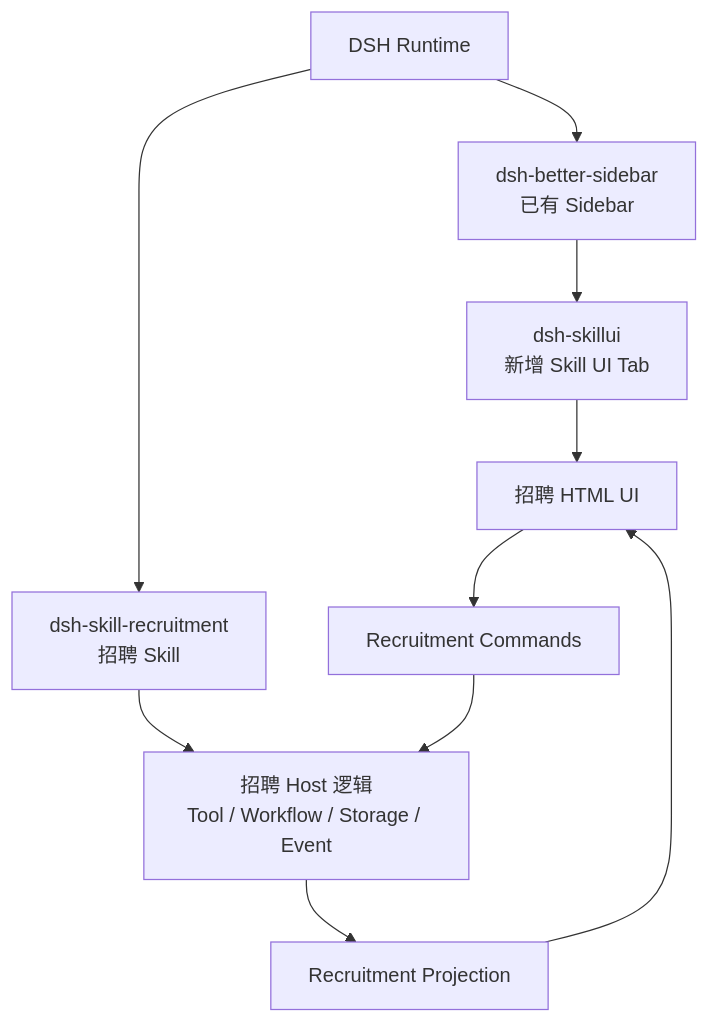
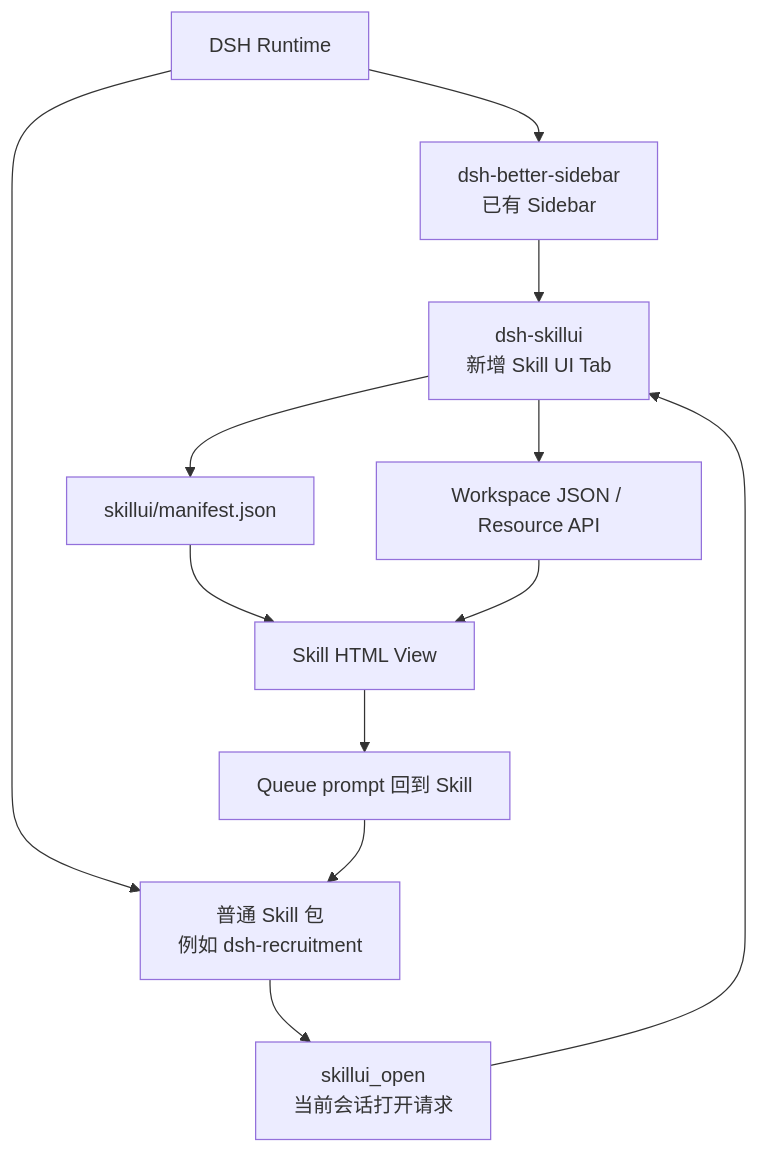
The first of 3 diagrams in docs/skill-ui-architecture.md (jaikensai888/dsh-skillui), drawn with Mermaid before and after one commit. The commit also changed other lines of this file and 24 other files, not shown here.

````diff
--- a/docs/skill-ui-architecture.md
+++ b/docs/skill-ui-architecture.md
@@ -41,21 +41,24 @@
 ```mermaid
 flowchart TB
     DSH["DSH Runtime"]
     BS["dsh-better-sidebar<br/>已有 Sidebar"]
     SUI["dsh-skillui<br/>新增 Skill UI Tab"]
-    REC["dsh-skill-recruitment<br/>招聘 Skill"]
-    HOST["招聘 Host 逻辑<br/>Tool / Workflow / Storage / Event"]
-    HTML["招聘 HTML UI"]
-    PROJ["Recruitment Projection"]
-    CMD["Recruitment Commands"]
+    REC["普通 Skill 包<br/>例如 dsh-recruitment"]
+    MANIFEST["skillui/manifest.json"]
+    OPEN["skillui_open<br/>当前会话打开请求"]
+    HTML["Skill HTML View"]
+    PROJ["Workspace JSON / Resource API"]
+    CMD["Queue prompt 回到 Skill"]
 
     DSH --> BS
     DSH --> REC
     BS --> SUI
-    SUI --> HTML
-    REC --> HOST
-    HOST --> PROJ
+    SUI --> MANIFEST
+    MANIFEST --> HTML
+    REC --> OPEN
+    OPEN --> SUI
+    SUI --> PROJ
     PROJ --> HTML
     HTML --> CMD
-    CMD --> HOST
+    CMD --> REC
 ```
````
